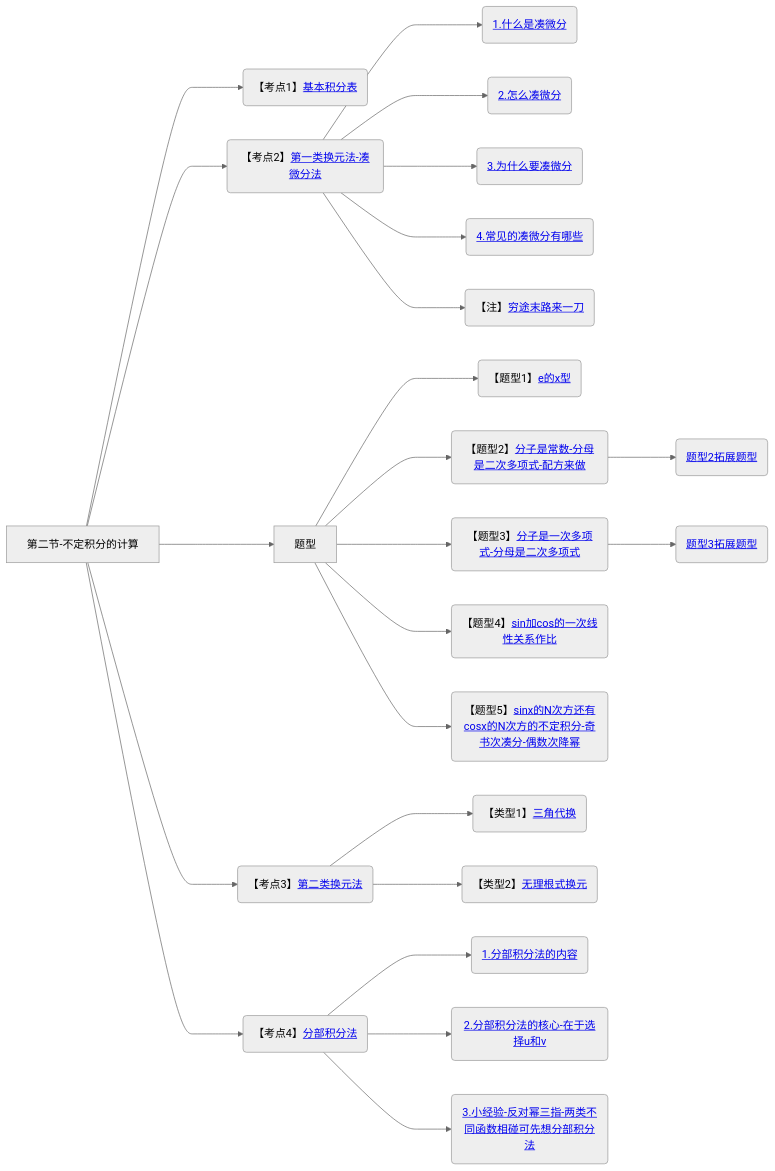
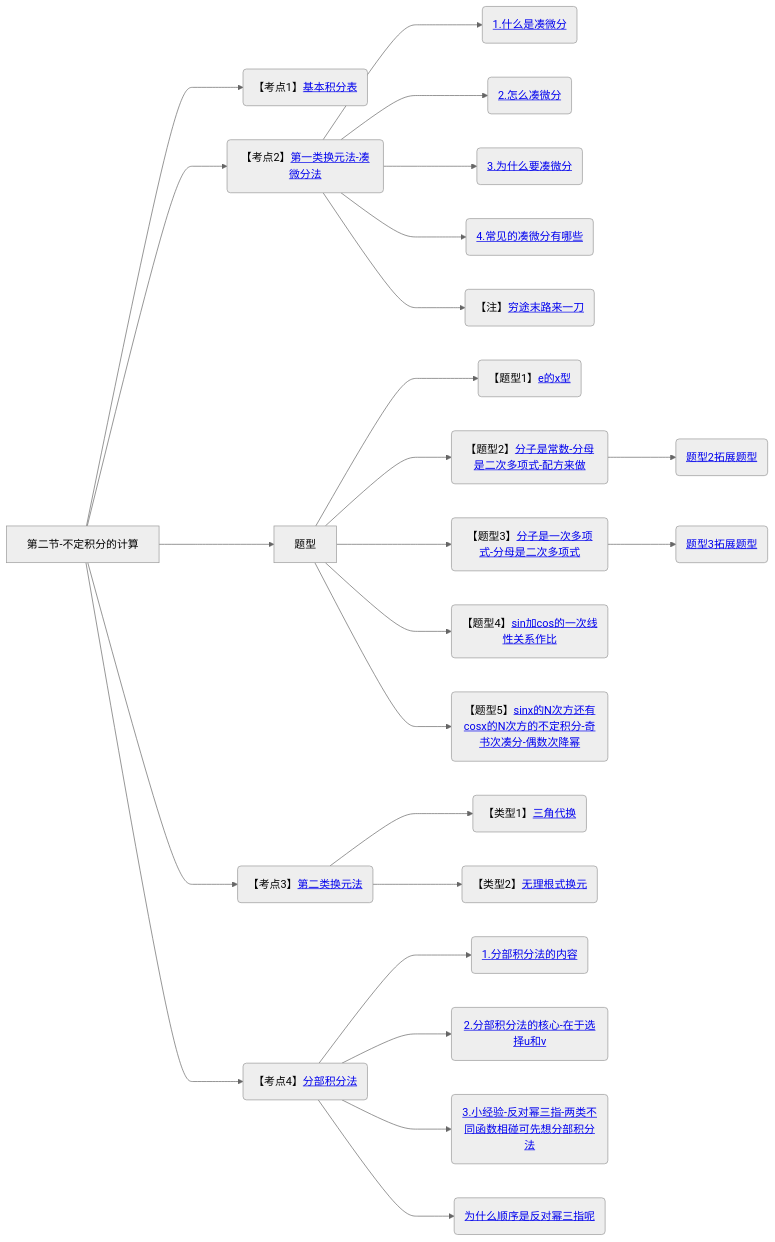
Diagram 18 of 18 in 笔记/数学/周洋鑫/01.基础班思维导图.md (yuebinghui/note), drawn with Mermaid (neutral theme) before and after one commit. The commit also changed 13 other files, not shown here.

````diff
--- a/笔记/数学/周洋鑫/01.基础班思维导图.md
+++ b/笔记/数学/周洋鑫/01.基础班思维导图.md
@@ -625,32 +625,32 @@
 ```mermaid
 graph LR
 第二节-不定积分的计算
 
 第二节-不定积分的计算--->基本积分表(【考点1】<a href="/Users/yuebinghui/Documents/program/github/note/笔记/数学/周洋鑫/基础班/18.不定积分_1.md#基本积分表">基本积分表</>)
 
 第二节-不定积分的计算--->第一类换元法-凑微分法(【考点2】<a href="/Users/yuebinghui/Documents/program/github/note/笔记/数学/周洋鑫/基础班/18.不定积分_1.md#第一类换元法-凑微分法">第一类换元法-凑微分法</>)
 第一类换元法-凑微分法--->1.什么是凑微分(<a href="/Users/yuebinghui/Documents/program/github/note/笔记/数学/周洋鑫/基础班/18.不定积分_1.md#1.什么是凑微分">1.什么是凑微分</>)
 第一类换元法-凑微分法--->2.怎么凑微分(<a href="/Users/yuebinghui/Documents/program/github/note/笔记/数学/周洋鑫/基础班/18.不定积分_1.md#2.怎么凑微分">2.怎么凑微分</>)
 第一类换元法-凑微分法--->3.为什么要凑微分(<a href="/Users/yuebinghui/Documents/program/github/note/笔记/数学/周洋鑫/基础班/18.不定积分_1.md#3.为什么要凑微分">3.为什么要凑微分</>)
 第一类换元法-凑微分法--->4.常见的凑微分有哪些(<a href="/Users/yuebinghui/Documents/program/github/note/笔记/数学/周洋鑫/基础班/18.不定积分_1.md#4.常见的凑微分有哪些">4.常见的凑微分有哪些</>)
 第一类换元法-凑微分法--->穷途末路来一刀(【注】<a href="/Users/yuebinghui/Documents/program/github/note/笔记/数学/周洋鑫/基础班/18.不定积分_1.md#穷途末路来一刀">穷途末路来一刀</>)
 
 第二节-不定积分的计算--->题型
 题型--->e的x型(【题型1】<a href="/Users/yuebinghui/Documents/program/github/note/笔记/数学/周洋鑫/基础班/18.不定积分_1.md#e的x型">e的x型</>)
 题型--->分子是常数-分母是二次多项式-配方来做(【题型2】<a href="/Users/yuebinghui/Documents/program/github/note/笔记/数学/周洋鑫/基础班/19.不定积分_2.md#分子是常数-分母是二次多项式-配方来做">分子是常数-分母是二次多项式-配方来做</>)
 分子是常数-分母是二次多项式-配方来做--->题型2拓展题型(<a href="/Users/yuebinghui/Documents/program/github/note/笔记/数学/周洋鑫/基础班/19.不定积分_2.md#题型2拓展题型">题型2拓展题型</>)
 题型--->分子是一次多项式-分母是二次多项式(【题型3】<a href="/Users/yuebinghui/Documents/program/github/note/笔记/数学/周洋鑫/基础班/19.不定积分_2.md#分子是一次多项式-分母是二次多项式">分子是一次多项式-分母是二次多项式</>)
 分子是一次多项式-分母是二次多项式--->题型3拓展题型(<a href="/Users/yuebinghui/Documents/program/github/note/笔记/数学/周洋鑫/基础班/19.不定积分_2.md#题型3拓展题型">题型3拓展题型</>)
 题型--->sin加cos的一次线性关系作比(【题型4】<a href="/Users/yuebinghui/Documents/program/github/note/笔记/数学/周洋鑫/基础班/19.不定积分_2.md#sin加cos的一次线性关系作比">sin加cos的一次线性关系作比</>)
 题型--->sinx的N次方还有cosx的N次方的不定积分-奇书次凑分-偶数次降幂(【题型5】<a href="/Users/yuebinghui/Documents/program/github/note/笔记/数学/周洋鑫/基础班/19.不定积分_2.md#sinx的N次方还有cosx的N次方的不定积分-奇书次凑分-偶数次降幂">sinx的N次方还有cosx的N次方的不定积分-奇书次凑分-偶数次降幂</>)
 
 第二节-不定积分的计算--->第二类换元法(【考点3】<a href="/Users/yuebinghui/Documents/program/github/note/笔记/数学/周洋鑫/基础班/19.不定积分_2.md#第二类换元法">第二类换元法</>)
 第二类换元法--->三角代换(【类型1】<a href="/Users/yuebinghui/Documents/program/github/note/笔记/数学/周洋鑫/基础班/19.不定积分_2.md#三角代换">三角代换</>)
 第二类换元法--->无理根式换元(【类型2】<a href="/Users/yuebinghui/Documents/program/github/note/笔记/数学/周洋鑫/基础班/19.不定积分_2.md#无理根式换元">无理根式换元</>)
 
 第二节-不定积分的计算--->分部积分法(【考点4】<a href="/Users/yuebinghui/Documents/program/github/note/笔记/数学/周洋鑫/基础班/19.不定积分_2.md#分部积分法">分部积分法</>)
 分部积分法--->1.分部积分法的内容(<a href="/Users/yuebinghui/Documents/program/github/note/笔记/数学/周洋鑫/基础班/19.不定积分_2.md#1.分部积分法的内容">1.分部积分法的内容</>)
 分部积分法--->2.分部积分法的核心-在于选择u和v(<a href="/Users/yuebinghui/Documents/program/github/note/笔记/数学/周洋鑫/基础班/19.不定积分_2.md#2.分部积分法的核心-在于选择u和v">2.分部积分法的核心-在于选择u和v</>)
 分部积分法--->3.小经验-反对幂三指-两类不同函数相碰可先想分部积分法(<a href="/Users/yuebinghui/Documents/program/github/note/笔记/数学/周洋鑫/基础班/19.不定积分_2.md#3.小经验-反对幂三指-两类不同函数相碰可先想分部积分法">3.小经验-反对幂三指-两类不同函数相碰可先想分部积分法</>)
-
+分部积分法--->为什么顺序是反对幂三指呢(<a href="/Users/yuebinghui/Documents/program/github/note/笔记/数学/周洋鑫/基础班/19.不定积分_2.md#为什么顺序是反对幂三指呢">为什么顺序是反对幂三指呢</>)
 ```
````
